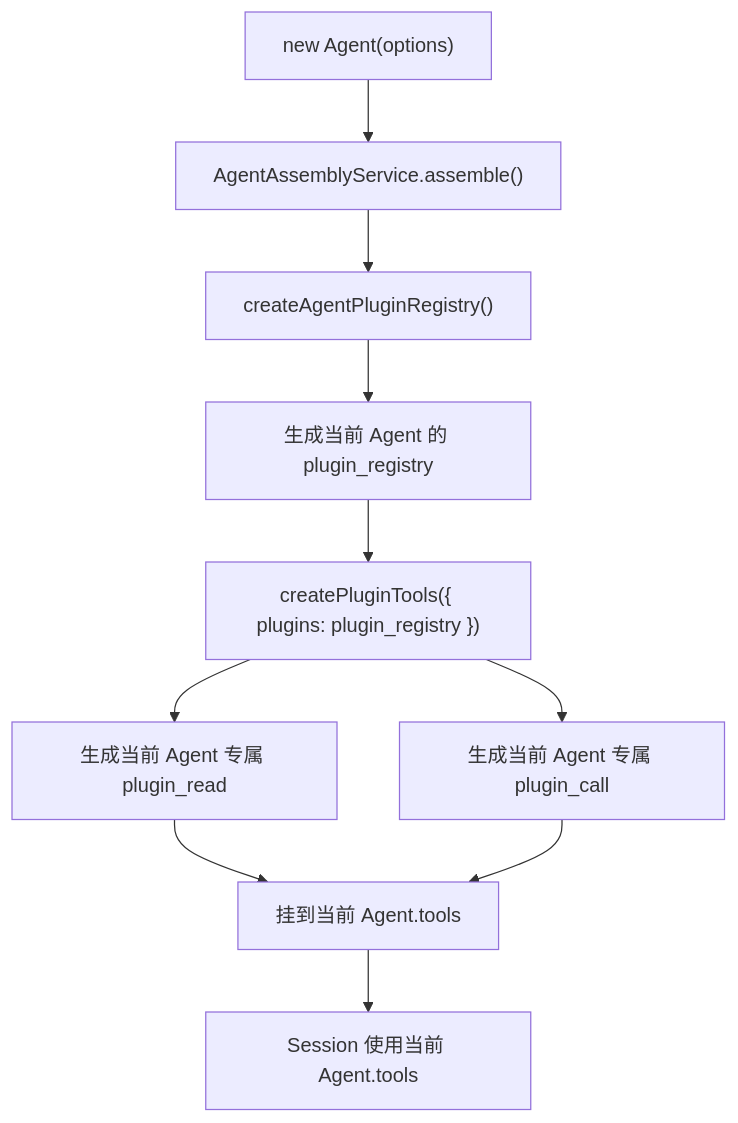
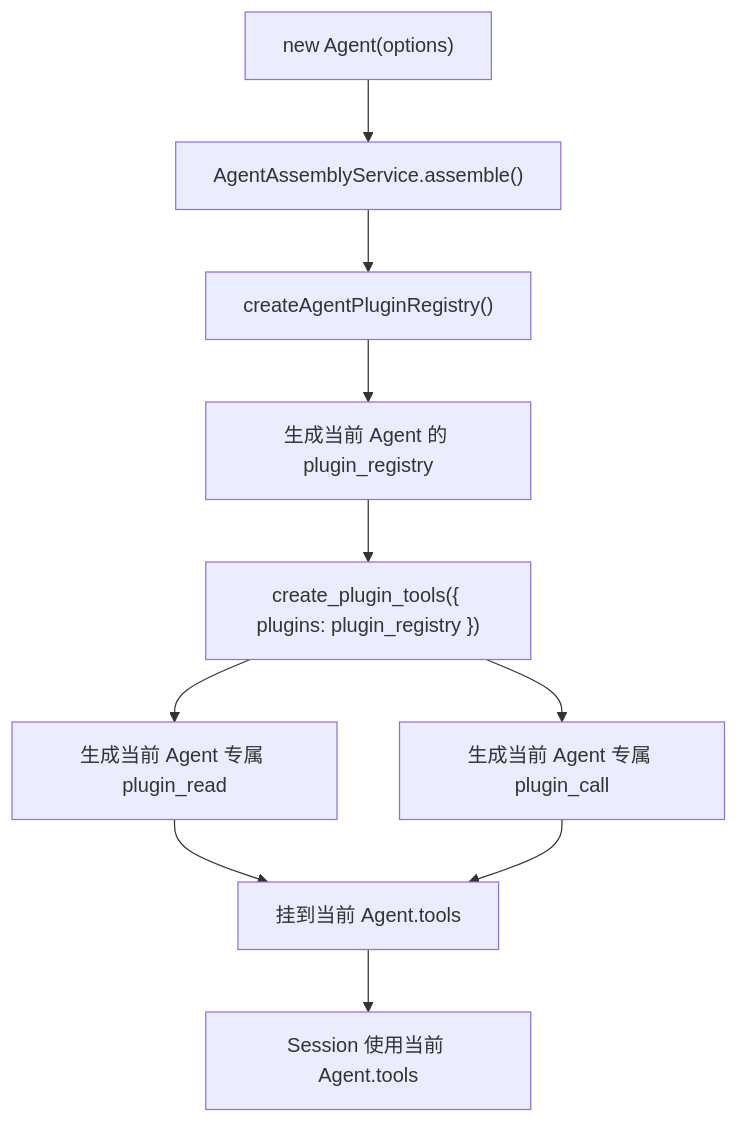
Before and after one commit to genesiscosmos/downcity: the fifth of 10 diagrams in docs/agent-plugin-runtime-redesign-prd.md, drawn with Mermaid. The commit also changed other lines of this file and 107 other files, not shown here.

````diff
--- a/docs/agent-plugin-runtime-redesign-prd.md
+++ b/docs/agent-plugin-runtime-redesign-prd.md
@@ -358,12 +358,12 @@
 ```mermaid
 flowchart TD
   A["new Agent(options)"] --> B["AgentAssemblyService.assemble()"]
   B --> C["createAgentPluginRegistry()"]
   C --> D["生成当前 Agent 的 plugin_registry"]
-  D --> E["createPluginTools({ plugins: plugin_registry })"]
+  D --> E["create_plugin_tools({ plugins: plugin_registry })"]
   E --> F["生成当前 Agent 专属 plugin_read"]
   E --> G["生成当前 Agent 专属 plugin_call"]
   F --> H["挂到当前 Agent.tools"]
   G --> H
   H --> I["Session 使用当前 Agent.tools"]
 ```
````
